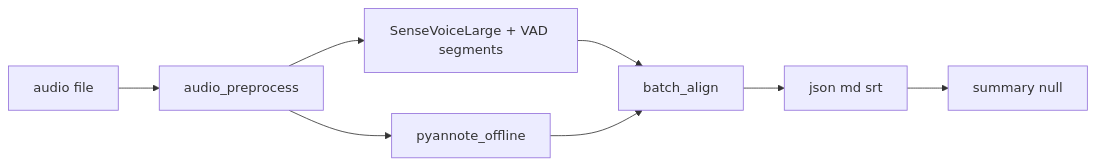
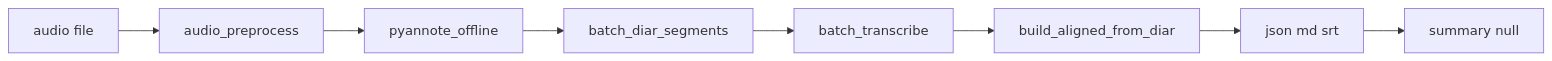
The diagram in doc/batch/架构与数据流.md (zhao1425493031/FunASRVoiceToText), drawn with Mermaid before and after one commit. The commit also changed other lines of this file and 26 other files, not shown here.

````diff
--- a/doc/batch/架构与数据流.md
+++ b/doc/batch/架构与数据流.md
@@ -3,10 +3,10 @@
 ```mermaid
 flowchart LR
   Input[audio file] --> Pre[audio_preprocess]
-  Pre --> ASR[SenseVoiceLarge + VAD segments]
   Pre --> Dia[pyannote_offline]
-  ASR --> Align[batch_align]
-  Dia --> Align
-  Align --> Export[json md srt]
+  Dia --> Norm[batch_diar_segments]
+  Norm --> ASR[batch_transcribe]
+  ASR --> Build[build_aligned_from_diar]
+  Build --> Export[json md srt]
   Export --> LLMStub[summary null]
 ```
````
